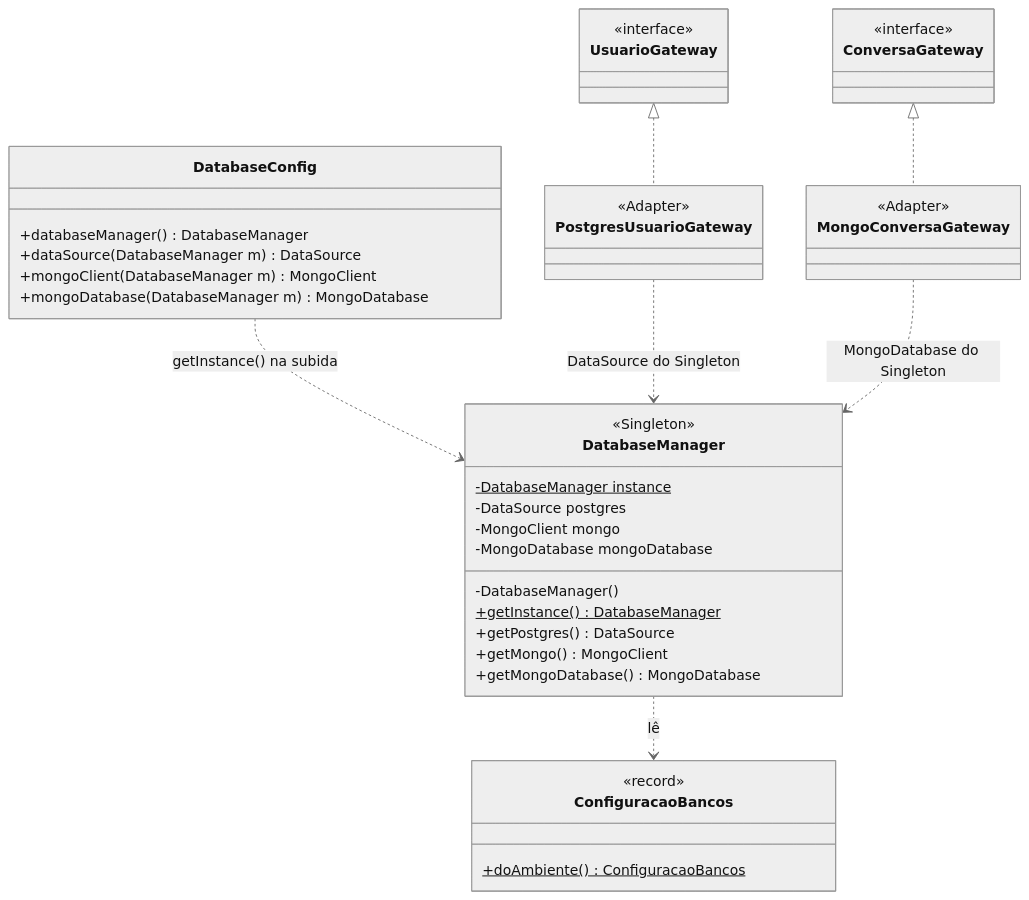
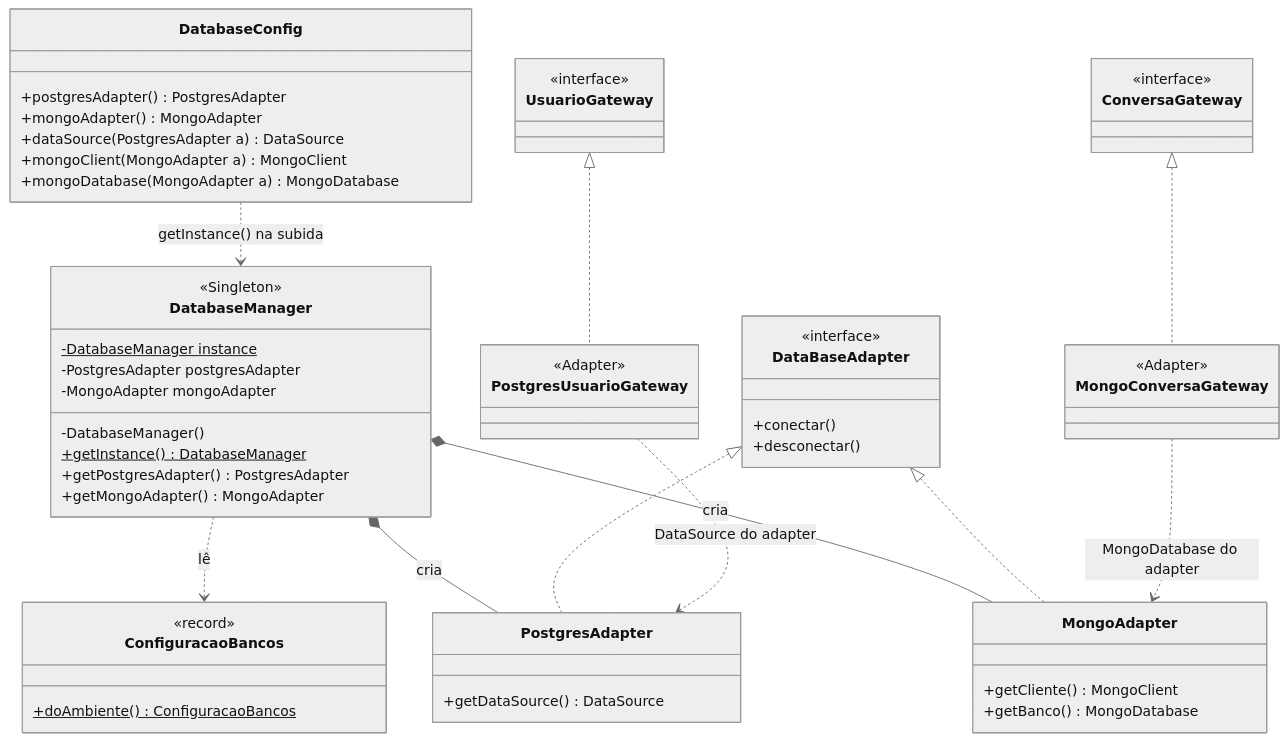
One commit to MaceloAlexandre/fademy_backend changed the sixth of 8 diagrams in docs/DIAGRAMAS.md. Above: the diagram before and after it, drawn with Mermaid (neutral theme). The commit also changed other lines of this file and 8 other files, not shown here.

Commit message:
feat #61: DatabaseManager entrega os adapters do Postgres e do Mongo, como no exemplo do professor (#63)

````diff
--- a/docs/DIAGRAMAS.md
+++ b/docs/DIAGRAMAS.md
@@ -390,44 +391,59 @@
 ```mermaid
 classDiagram
     class DatabaseManager {
         <<Singleton>>
         -DatabaseManager instance$
-        -DataSource postgres
-        -MongoClient mongo
-        -MongoDatabase mongoDatabase
+        -PostgresAdapter postgresAdapter
+        -MongoAdapter mongoAdapter
         -DatabaseManager()
         +getInstance()$ DatabaseManager
-        +getPostgres() DataSource
-        +getMongo() MongoClient
-        +getMongoDatabase() MongoDatabase
+        +getPostgresAdapter() PostgresAdapter
+        +getMongoAdapter() MongoAdapter
+    }
+    class DataBaseAdapter {
+        <<interface>>
+        +conectar()
+        +desconectar()
+    }
+    class PostgresAdapter {
+        +getDataSource() DataSource
+    }
+    class MongoAdapter {
+        +getCliente() MongoClient
+        +getBanco() MongoDatabase
     }
     class ConfiguracaoBancos {
         <<record>>
         +doAmbiente()$ ConfiguracaoBancos
     }
     class DatabaseConfig {
-        +databaseManager() DatabaseManager
-        +dataSource(DatabaseManager m) DataSource
-        +mongoClient(DatabaseManager m) MongoClient
-        +mongoDatabase(DatabaseManager m) MongoDatabase
+        +postgresAdapter() PostgresAdapter
+        +mongoAdapter() MongoAdapter
+        +dataSource(PostgresAdapter a) DataSource
+        +mongoClient(MongoAdapter a) MongoClient
+        +mongoDatabase(MongoAdapter a) MongoDatabase
     }
     class UsuarioGateway {
         <<interface>>
     }
     class ConversaGateway {
         <<interface>>
     }
     class PostgresUsuarioGateway {
         <<Adapter>>
     }
     class MongoConversaGateway {
         <<Adapter>>
     }
 
     DatabaseManager ..> ConfiguracaoBancos : lê
+    DatabaseManager *-- PostgresAdapter : cria
+    DatabaseManager *-- MongoAdapter : cria
+    DataBaseAdapter <|.. PostgresAdapter
+    DataBaseAdapter <|.. MongoAdapter
     DatabaseConfig ..> DatabaseManager : getInstance() na subida
     UsuarioGateway <|.. PostgresUsuarioGateway
     ConversaGateway <|.. MongoConversaGateway
-    PostgresUsuarioGateway ..> DatabaseManager : DataSource do Singleton
-    MongoConversaGateway ..> DatabaseManager : MongoDatabase do Singleton
+    PostgresUsuarioGateway ..> PostgresAdapter : DataSource do adapter
+    MongoConversaGateway ..> MongoAdapter : MongoDatabase do adapter
 ```
````
